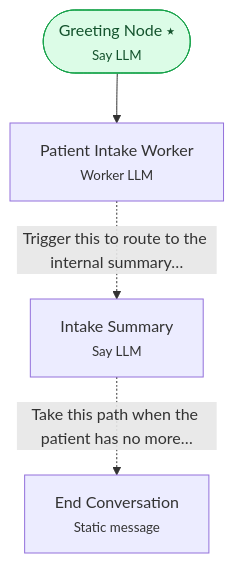
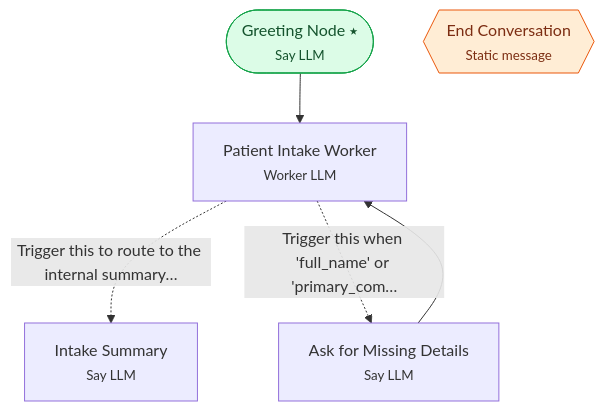
Before and after one commit to interactly-ai/workflow-sdk: the diagram in wf_examples/wf_example_progression_4.md, drawn with Mermaid. The commit also changed other lines of this file and 5 other files, not shown here.

````diff
--- a/wf_examples/wf_example_progression_4.md
+++ b/wf_examples/wf_example_progression_4.md
@@ -23,13 +23,16 @@
 ```mermaid
 flowchart TD
     N0(["Greeting Node ⭑<br/><small>Say LLM</small>"])
     N1["Patient Intake Worker<br/><small>Worker LLM</small>"]
     N2["Intake Summary<br/><small>Say LLM</small>"]
-    N3["End Conversation<br/><small>Static message</small>"]
+    N3["Ask for Missing Details<br/><small>Say LLM</small>"]
+    N4{{"End Conversation<br/><small>Static message</small>"}}
     N0 --> N1
     N1 -. "Trigger this to route to the internal summary…" .-> N2
-    N2 -. "Take this path when the patient has no more…" .-> N3
+    N1 -. "Trigger this when 'full_name' or 'primary_com…" .-> N3
+    N3 --> N1
     classDef start fill:#dcfce7,stroke:#16a34a,color:#14532d;
     classDef glob fill:#ffedd5,stroke:#ea580c,color:#7c2d12;
     class N0 start;
+    class N4 glob;
 ```
````
